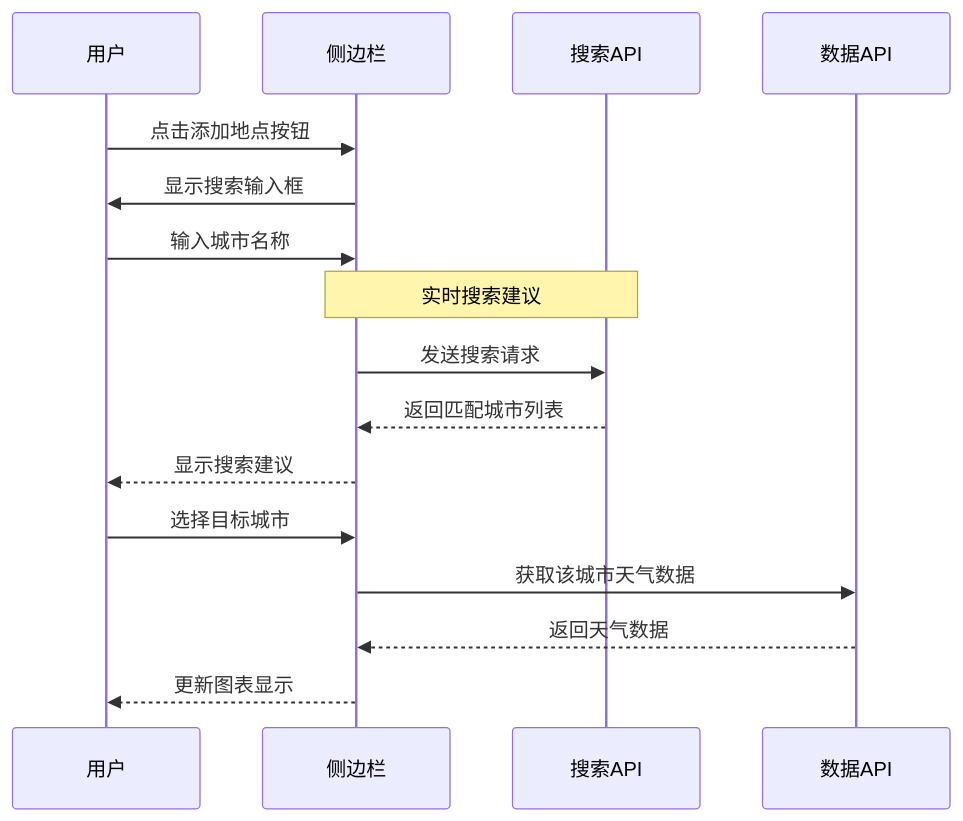
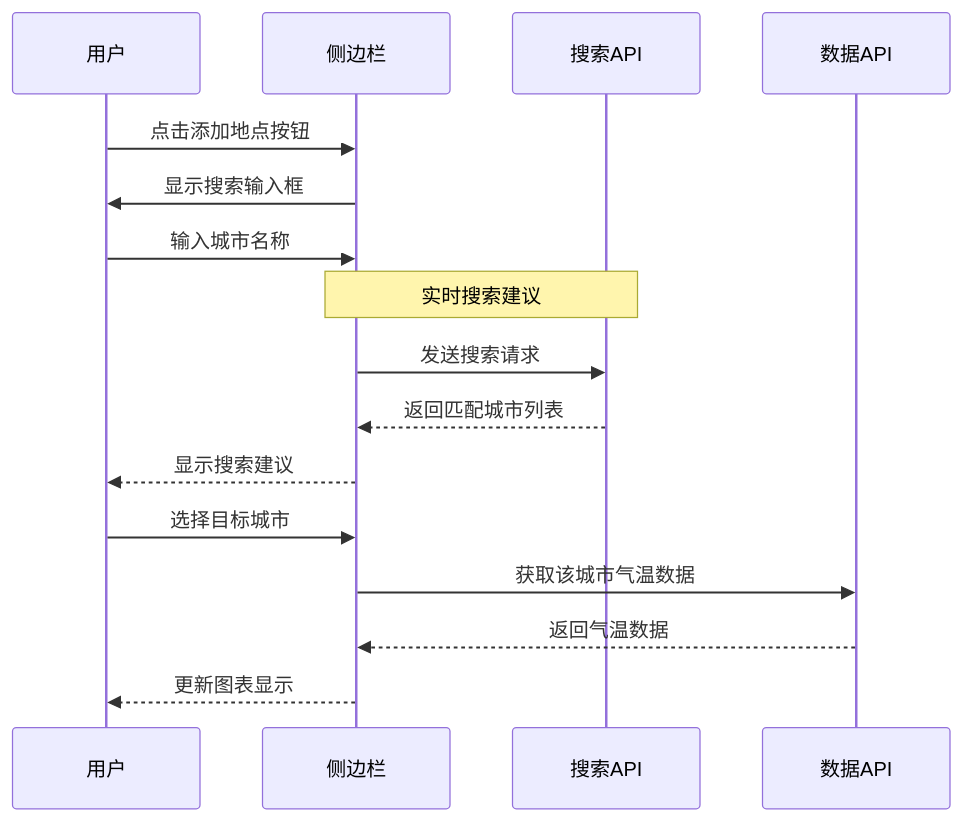
One commit to pipi32167/historical_weather changed the fourth of 16 diagrams in docs/USER_GUIDE.md. Above: the diagram before and after it, drawn with Mermaid. The commit also changed other lines of this file and 39 other files, not shown here.

````diff
--- a/docs/USER_GUIDE.md
+++ b/docs/USER_GUIDE.md
@@ -123,21 +123,21 @@
 ```mermaid
 sequenceDiagram
     participant User as 用户
     participant Sidebar as 侧边栏
     participant SearchAPI as 搜索API
     participant DataAPI as 数据API
     
     User->>Sidebar: 点击添加地点按钮
     Sidebar->>User: 显示搜索输入框
     User->>Sidebar: 输入城市名称
     
     Note over Sidebar,SearchAPI: 实时搜索建议
     Sidebar->>SearchAPI: 发送搜索请求
     SearchAPI-->>Sidebar: 返回匹配城市列表
     Sidebar-->>User: 显示搜索建议
     
     User->>Sidebar: 选择目标城市
-    Sidebar->>DataAPI: 获取该城市天气数据
-    DataAPI-->>Sidebar: 返回天气数据
+    Sidebar->>DataAPI: 获取该城市气温数据
+    DataAPI-->>Sidebar: 返回气温数据
     Sidebar-->>User: 更新图表显示
 ```
````
